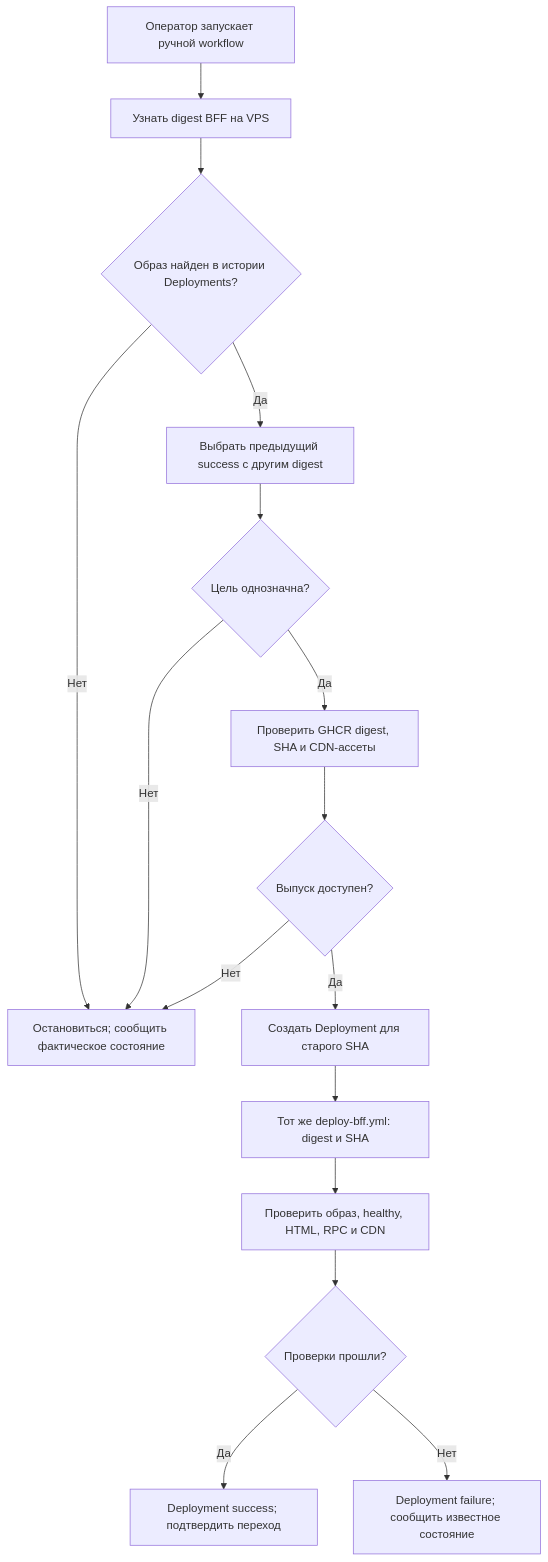
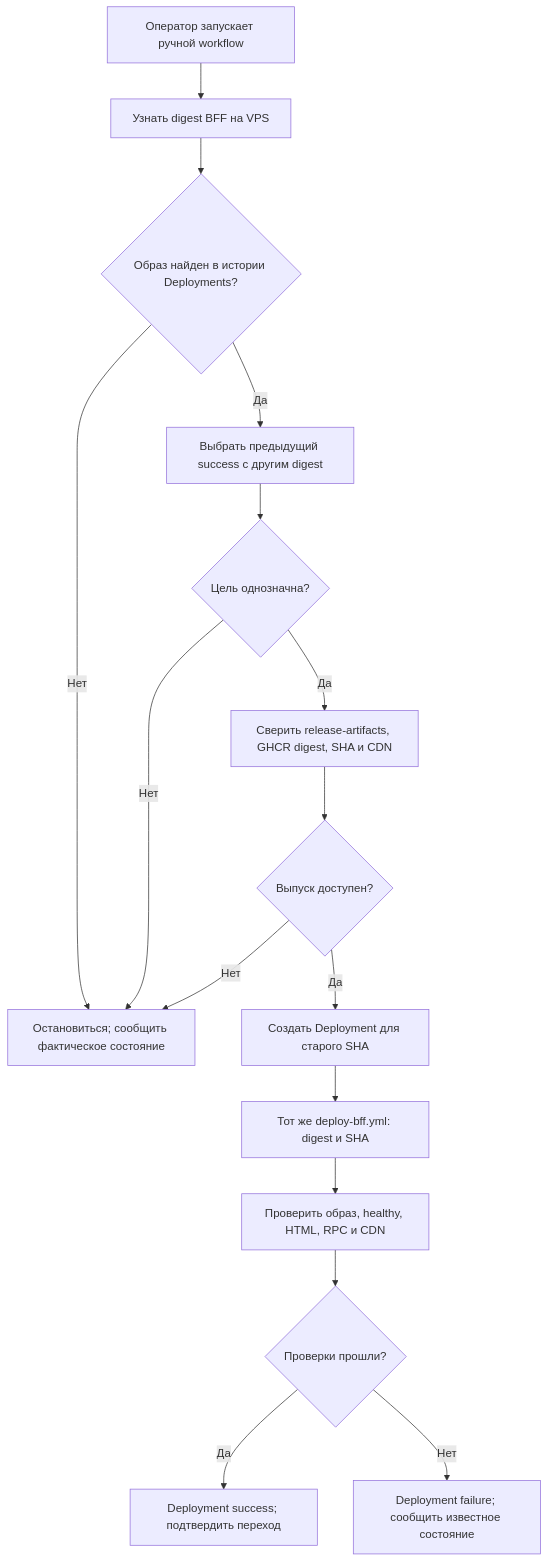
One commit to Cringe-Driven-Development-Team/docs changed the diagram in site/modules/2/tracks/bff/rollback.md. Above: the diagram before and after it, drawn with Mermaid. The commit also changed other lines of this file and 3 other files, not shown here.

````diff
--- a/site/modules/2/tracks/bff/rollback.md
+++ b/site/modules/2/tracks/bff/rollback.md
@@ -28,18 +28,18 @@
 ```mermaid
 flowchart TD
     START["Оператор запускает ручной workflow"] --> ACTUAL["Узнать digest BFF на VPS"]
     ACTUAL --> MATCH{"Образ найден в истории Deployments?"}
     MATCH -- "Нет" --> STOP["Остановиться; сообщить фактическое состояние"]
     MATCH -- "Да" --> PREV["Выбрать предыдущий success с другим digest"]
     PREV --> TARGET{"Цель однозначна?"}
     TARGET -- "Нет" --> STOP
-    TARGET -- "Да" --> CHECK["Проверить GHCR digest, SHA и CDN-ассеты"]
+    TARGET -- "Да" --> CHECK["Сверить release-artifacts, GHCR digest, SHA и CDN"]
     CHECK --> READY{"Выпуск доступен?"}
     READY -- "Нет" --> STOP
     READY -- "Да" --> DEP["Создать Deployment для старого SHA"]
     DEP --> ANS["Тот же deploy-bff.yml: digest и SHA"]
     ANS --> VERIFY["Проверить образ, healthy, HTML, RPC и CDN"]
     VERIFY --> OK{"Проверки прошли?"}
     OK -- "Да" --> SUCCESS["Deployment success; подтвердить переход"]
     OK -- "Нет" --> FAILURE["Deployment failure; сообщить известное состояние"]
 ```
````
